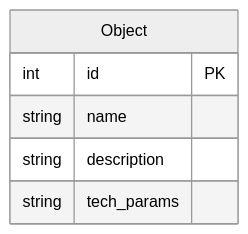
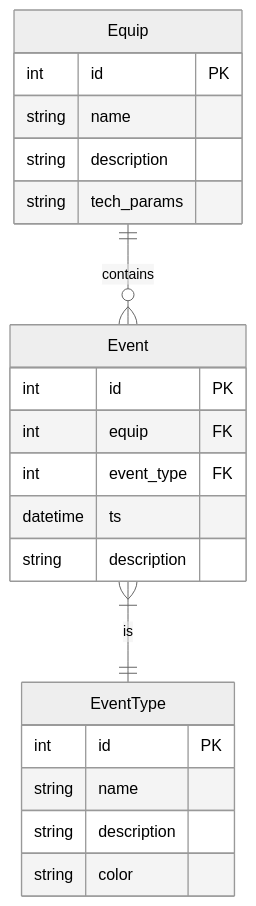
Before and after one commit to Konstantin-Dudersky/maintenance: the diagram in docs/database.md, drawn with Mermaid. The commit also changed 12 other files, not shown here.

````diff
--- a/docs/database.md
+++ b/docs/database.md
@@ -3,10 +3,25 @@
 ```mermaid
 %%{init: {'theme':'neutral'}}%%
 erDiagram
-    Object {
+ 	Equip ||--o{ Event : contains
+ 	Event }|--|| EventType : is
+    Equip {
         int id PK
         string name
         string description
         string tech_params
     }
+    Event {
+    	int id PK
+    	int equip FK
+    	int event_type FK
+    	datetime ts
+    	string description
+    }
+    EventType {
+    	int id PK
+    	string name
+    	string description
+    	string color
+    }
 ```
````
